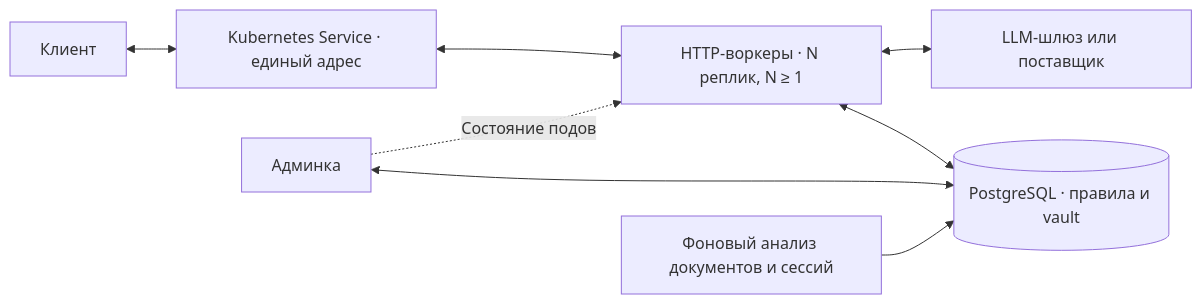
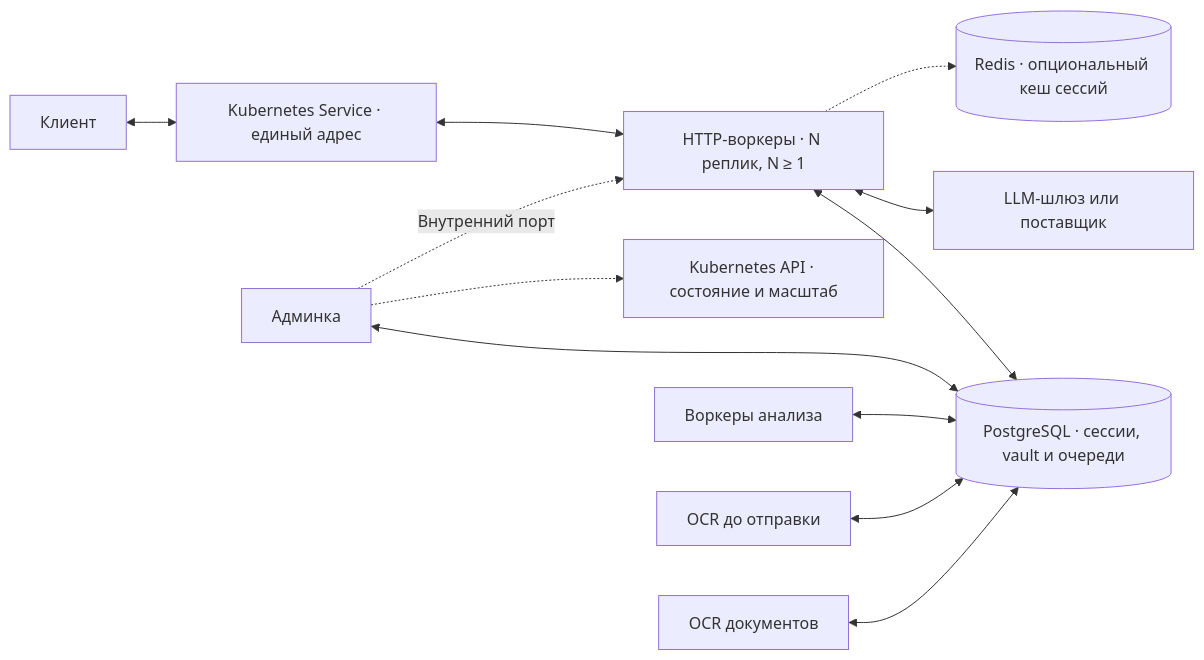
The diagram in docs/CORPORATE_ARCHITECTURE.md (miqonee/Kaponir), drawn with Mermaid before and after one commit. The commit also changed other lines of this file and 5 other files, not shown here.

````diff
--- a/docs/CORPORATE_ARCHITECTURE.md
+++ b/docs/CORPORATE_ARCHITECTURE.md
@@ -12,10 +15,14 @@
 ```mermaid
 flowchart LR
     client["Клиент"] <--> service["Kubernetes Service · единый адрес"]
     service <--> workers["HTTP-воркеры · N реплик, N ≥ 1"]
     workers <--> provider["LLM-шлюз или поставщик"]
-    workers <--> db[("PostgreSQL · правила и vault")]
+    workers <--> db[("PostgreSQL · сессии, vault и очереди")]
+    workers -.-> cache[("Redis · опциональный кеш сессий")]
     admin["Админка"] <--> db
-    admin -.->|Состояние подов| workers
-    background["Фоновый анализ документов и сессий"] --> db
+    admin -.-> kube["Kubernetes API · состояние и масштаб"]
+    admin -.->|Внутренний порт| workers
+    background["Воркеры анализа"] <--> db
+    inline["OCR до отправки"] <--> db
+    batch["OCR документов"] <--> db
 ```
````
